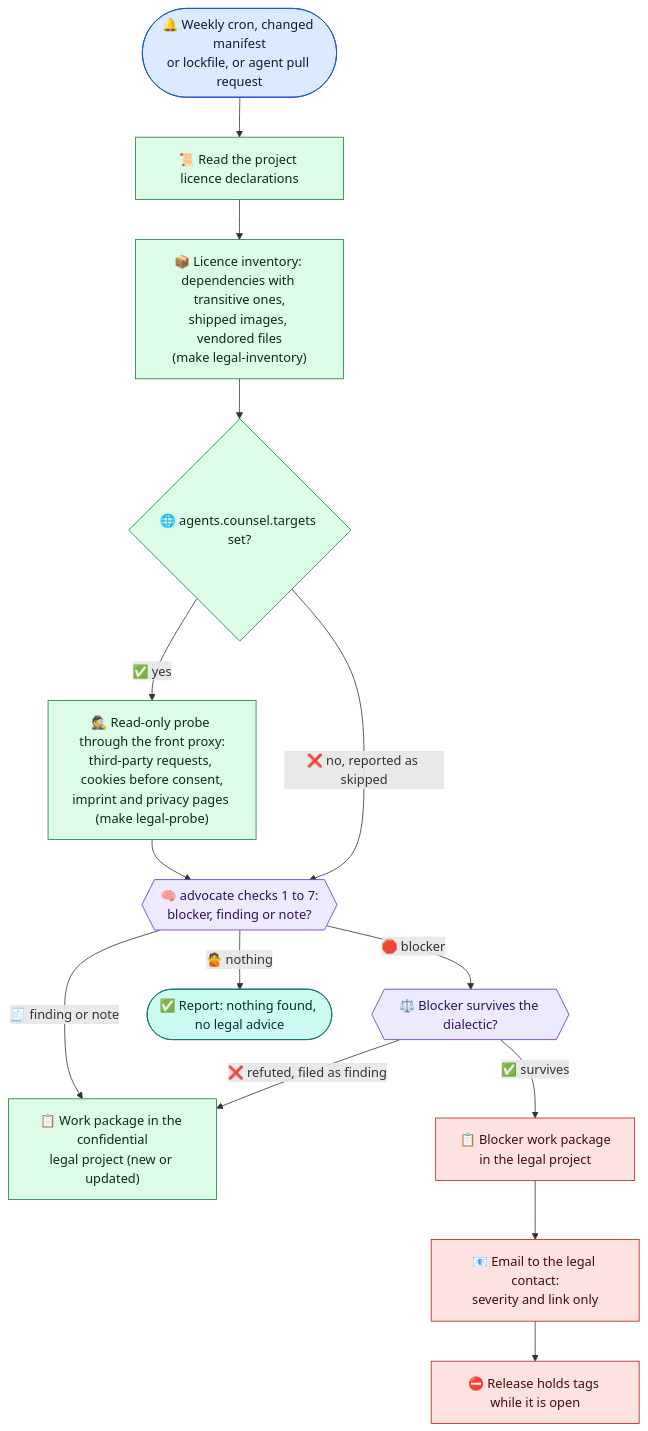
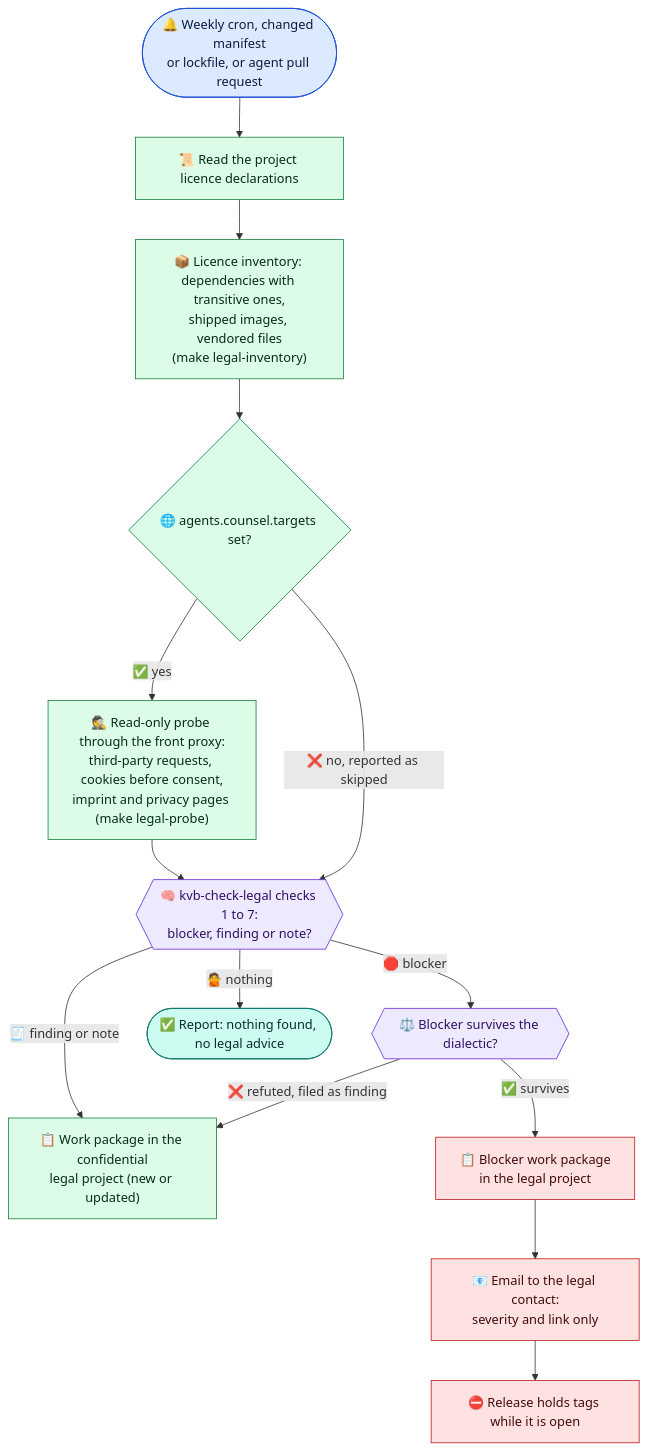
One commit to infinito-nexus/core changed diagram 15 of 24 in docs/requirements/089-agents-restructuring.md. Above: the diagram before and after it, drawn with Mermaid. The commit also changed other lines of this file and 39 other files, not shown here.

````diff
--- a/docs/requirements/089-agents-restructuring.md
+++ b/docs/requirements/089-agents-restructuring.md
@@ -1148,33 +1148,33 @@
 ```mermaid
 flowchart TD
   T1(["🔔 Weekly cron, changed manifest<br/>or lockfile, or agent pull request"])
   D1["📜 Read the project licence declarations"]
   D2["📦 Licence inventory: dependencies with transitive ones,<br/>shipped images, vendored files<br/>(make legal-inventory)"]
   D3{"🌐 agents.counsel.targets set?"}
   D4["🕵️ Read-only probe through the front proxy:<br/>third-party requests, cookies before consent,<br/>imprint and privacy pages (make legal-probe)"]
-  L1{{"🧠 advocate checks 1 to 7:<br/>blocker, finding or note?"}}
+  L1{{"🧠 kvb-check-legal checks 1 to 7:<br/>blocker, finding or note?"}}
   L2{{"⚖️ Blocker survives the dialectic?"}}
   D5["📋 Work package in the confidential<br/>legal project (new or updated)"]
   D6["📋 Blocker work package<br/>in the legal project"]
   D7["📧 Email to the legal contact:<br/>severity and link only"]
   D8["⛔ Release holds tags while it is open"]
   D9(["✅ Report: nothing found, no legal advice"])
   T1 --> D1 --> D2 --> D3
   D3 -->|"✅ yes"| D4 --> L1
   D3 -->|"❌ no, reported as skipped"| L1
   L1 -->|"🧾 finding or note"| D5
   L1 -->|"🛑 blocker"| L2
   L1 -->|"🙅 nothing"| D9
   L2 -->|"✅ survives"| D6 --> D7 --> D8
   L2 -->|"❌ refuted, filed as finding"| D5
   classDef trigger fill:#dbeafe,stroke:#1d4ed8,color:#0b1b3f
   classDef det fill:#dcfce7,stroke:#15803d,color:#052e16
   classDef llm fill:#ede9fe,stroke:#6d28d9,color:#2e1065
   classDef good fill:#ccfbf1,stroke:#0f766e,color:#042f2e
   classDef alert fill:#fee2e2,stroke:#b91c1c,color:#450a0a
   class T1 trigger
   class D1,D2,D3,D4,D5 det
   class L1,L2 llm
   class D9 good
   class D6,D7,D8 alert
 ```
````
